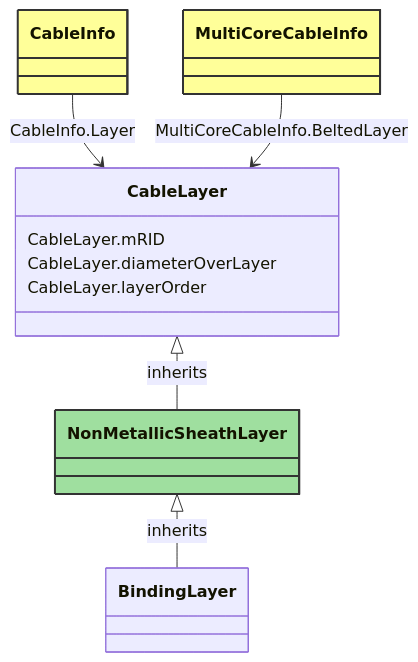
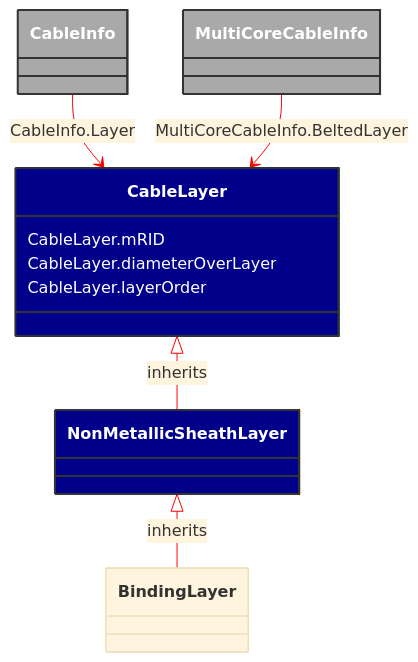
One commit to 3lbits/NoCIMExtensions changed the diagram in docs/Models/Profiles/SubseaCableInfo/ConcreteClasses/NonMetallicSheathLayer.md. Above: the diagram before and after it, drawn with Mermaid. The commit also changed 58 other files, not shown here.

````diff
--- a/docs/Models/Profiles/SubseaCableInfo/ConcreteClasses/NonMetallicSheathLayer.md
+++ b/docs/Models/Profiles/SubseaCableInfo/ConcreteClasses/NonMetallicSheathLayer.md
@@ -8,36 +8,37 @@
 ```mermaid
+%%{init: {'theme':'base','themeVariables': {'lineColor': '#FF0000'}}}%%
 classDiagram
     class NonMetallicSheathLayer
     click NonMetallicSheathLayer href "/Models/Profiles/SubseaCableInfo/ConcreteClasses/NonMetallicSheathLayer/"
-    style NonMetallicSheathLayer fill:#9fdf9f,stroke:#333,stroke-width:2px,rx:10,ry:10
+    style NonMetallicSheathLayer fill:#006400,stroke:#333,stroke-width:2px,rx:10,ry:10,color:white
 
         NonMetallicSheathLayer <|-- BindingLayer : inherits
             click NonMetallicSheathLayer href "/Models/Profiles/SubseaCableInfo/ConcreteClasses/NonMetallicSheathLayer/"
-            style NonMetallicSheathLayer rx:10,ry:10
+            style NonMetallicSheathLayer fill:#00008B,stroke:#333,stroke-width:2px,rx:10,ry:10,color:white
 
         BindingLayer
             click BindingLayer href "/Models/Profiles/SubseaCableInfo/ConcreteClasses/BindingLayer/"
-            style BindingLayer rx:10,ry:10
+            style NonMetallicSheathLayer fill:#00008B,stroke:#333,stroke-width:2px,rx:10,ry:10,color:white
 
         CableLayer <|-- NonMetallicSheathLayer : inherits
             click CableLayer href "/Models/Profiles/SubseaCableInfo/AbstractClasses/CableLayer/"
-            style CableLayer rx:10,ry:10
+            style CableLayer fill:#00008B,stroke:#333,stroke-width:2px,rx:10,ry:10,color:white
 
 
         CableInfo --> CableLayer : CableInfo.Layer
 
         CableInfo
             click CableInfo href "/Models/Profiles/SubseaCableInfo/ConcreteClasses/CableInfo/"
-            style CableInfo fill:#ffff99,stroke:#333,stroke-width:2px,rx:10,ry:10
+            style CableInfo fill:#A9A9A9,stroke:#333,stroke-width:2px,rx:10,ry:10,color:white
 
         MultiCoreCableInfo --> CableLayer : MultiCoreCableInfo.BeltedLayer
 
         MultiCoreCableInfo
             click MultiCoreCableInfo href "/Models/Profiles/SubseaCableInfo/ConcreteClasses/MultiCoreCableInfo/"
-            style MultiCoreCableInfo fill:#ffff99,stroke:#333,stroke-width:2px,rx:10,ry:10
+            style MultiCoreCableInfo fill:#A9A9A9,stroke:#333,stroke-width:2px,rx:10,ry:10,color:white
 
 
         CableLayer : CableLayer.mRID
         CableLayer : CableLayer.diameterOverLayer
         CableLayer : CableLayer.layerOrder
 ```
````
